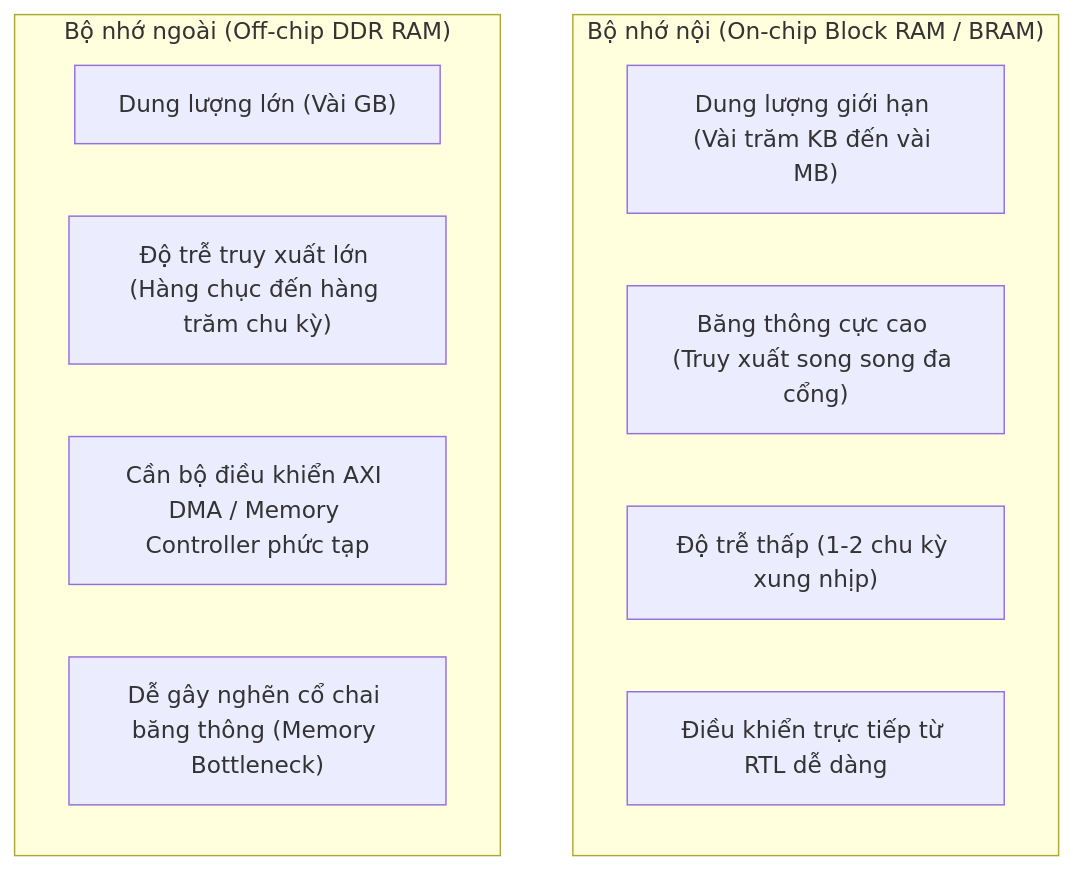
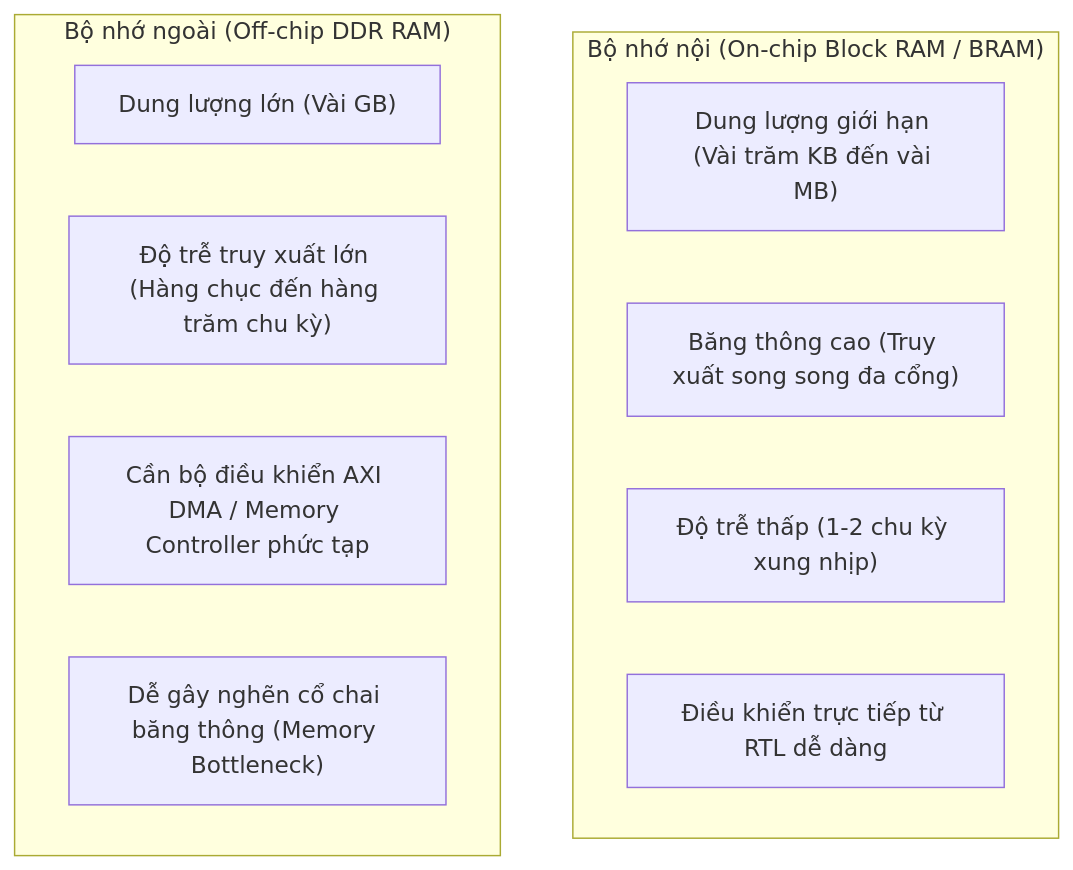
The first of 2 diagrams in Vid2/readme.md (DoGiaHuy205/Repo_Public), drawn with Mermaid before and after one commit. The commit also changed other lines of this file and 3 other files, not shown here.

````diff
--- a/Vid2/readme.md
+++ b/Vid2/readme.md
@@ -25,16 +25,16 @@
 ```mermaid
 flowchart TD
     subgraph OnChip["Bộ nhớ nội (On-chip Block RAM / BRAM)"]
         B1["Dung lượng giới hạn (Vài trăm KB đến vài MB)"]
-        B2["Băng thông cực cao (Truy xuất song song đa cổng)"]
+        B2["Băng thông cao (Truy xuất song song đa cổng)"]
         B3["Độ trễ thấp (1-2 chu kỳ xung nhịp)"]
         B4["Điều khiển trực tiếp từ RTL dễ dàng"]
     end
 
     subgraph OffChip["Bộ nhớ ngoài (Off-chip DDR RAM)"]
         D1["Dung lượng lớn (Vài GB)"]
         D2["Độ trễ truy xuất lớn (Hàng chục đến hàng trăm chu kỳ)"]
         D3["Cần bộ điều khiển AXI DMA / Memory Controller phức tạp"]
         D4["Dễ gây nghẽn cổ chai băng thông (Memory Bottleneck)"]
     end
 ```
````
